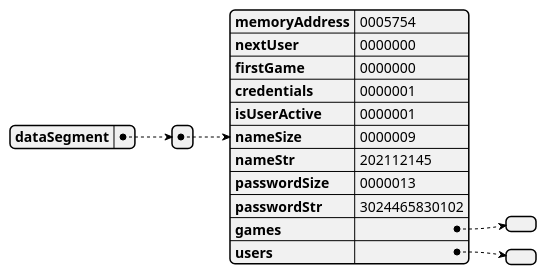
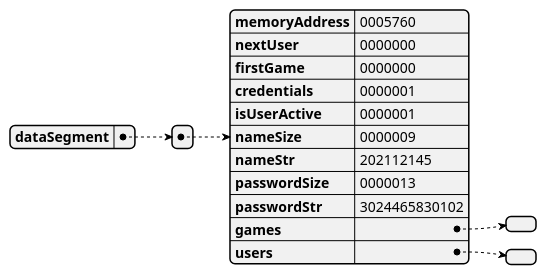
The diagram in docs/uml/README.md (danielcuque/ACE1-PROYECTO2), drawn with PlantUML before and after one commit. The commit also changed 3 other files, not shown here.

`````diff
--- a/docs/uml/README.md
+++ b/docs/uml/README.md
@@ -1,15 +1,15 @@
 ````plantuml
 @startjson memoryGraph
 {"dataSegment":
-[{"memoryAddress":"0005754",
+[{"memoryAddress":"0005760",
 "nextUser":"0000000",
 "firstGame":"0000000",
 "credentials":"0000001",
 "isUserActive":"0000001",
 "nameSize":"0000009",
 "nameStr":"202112145",
 "passwordSize":"0000013",
 "passwordStr":"3024465830102",
 "games":[],"users":[]}]}
 @endjson
 ````
`````
